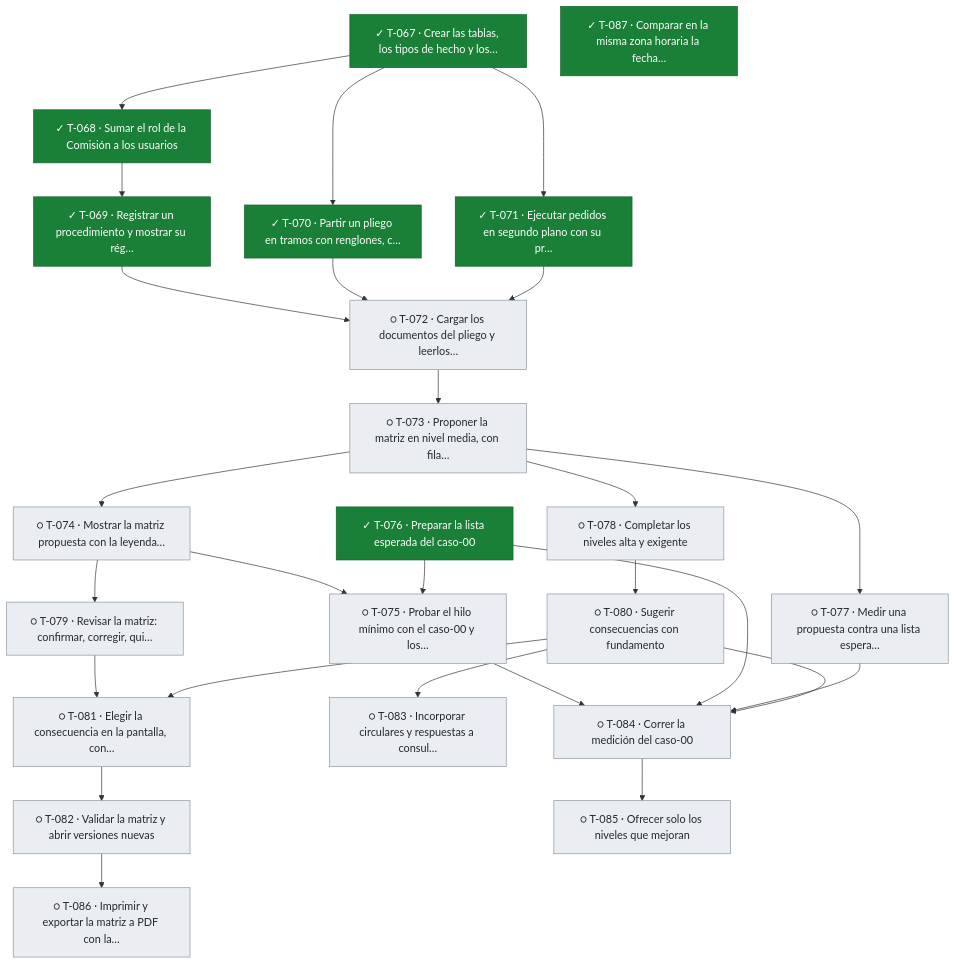
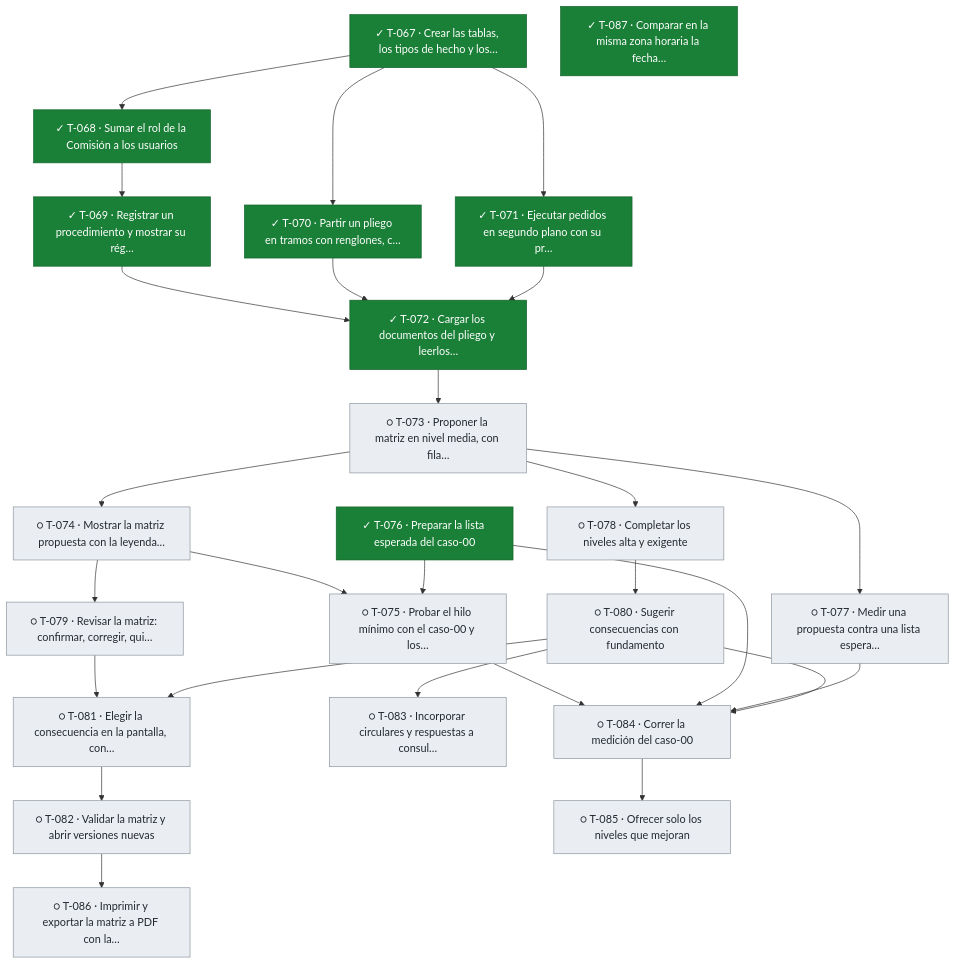
The fifth of 5 diagrams in docs/tablero.md (snavello/EVALUON), drawn with Mermaid before and after one commit. The commit also changed other lines of this file and 1 other file, not shown here.

````diff
--- a/docs/tablero.md
+++ b/docs/tablero.md
@@ -400,54 +400,54 @@
 ```mermaid
 flowchart TD
   T067["✓ T-067 · Crear las tablas, los tipos de hecho y los…"]:::done
   T068["✓ T-068 · Sumar el rol de la Comisión a los usuarios"]:::done
   T069["✓ T-069 · Registrar un procedimiento y mostrar su rég…"]:::done
   T070["✓ T-070 · Partir un pliego en tramos con renglones, c…"]:::done
   T071["✓ T-071 · Ejecutar pedidos en segundo plano con su pr…"]:::done
-  T072["○ T-072 · Cargar los documentos del pliego y leerlos…"]:::todo
+  T072["✓ T-072 · Cargar los documentos del pliego y leerlos…"]:::done
   T073["○ T-073 · Proponer la matriz en nivel media, con fila…"]:::todo
   T074["○ T-074 · Mostrar la matriz propuesta con la leyenda…"]:::todo
   T075["○ T-075 · Probar el hilo mínimo con el caso-00 y los…"]:::todo
   T076["✓ T-076 · Preparar la lista esperada del caso-00"]:::done
   T077["○ T-077 · Medir una propuesta contra una lista espera…"]:::todo
   T078["○ T-078 · Completar los niveles alta y exigente"]:::todo
   T079["○ T-079 · Revisar la matriz: confirmar, corregir, qui…"]:::todo
   T080["○ T-080 · Sugerir consecuencias con fundamento"]:::todo
   T081["○ T-081 · Elegir la consecuencia en la pantalla, con…"]:::todo
   T082["○ T-082 · Validar la matriz y abrir versiones nuevas"]:::todo
   T083["○ T-083 · Incorporar circulares y respuestas a consul…"]:::todo
   T084["○ T-084 · Correr la medición del caso-00"]:::todo
   T085["○ T-085 · Ofrecer solo los niveles que mejoran"]:::todo
   T086["○ T-086 · Imprimir y exportar la matriz a PDF con la…"]:::todo
   T087["✓ T-087 · Comparar en la misma zona horaria la fecha…"]:::done
   T067 --> T068
   T068 --> T069
   T067 --> T070
   T067 --> T071
   T069 --> T072
   T070 --> T072
   T071 --> T072
   T072 --> T073
   T073 --> T074
   T074 --> T075
   T076 --> T075
   T073 --> T077
   T073 --> T078
   T074 --> T079
   T078 --> T080
   T079 --> T081
   T080 --> T081
   T081 --> T082
   T080 --> T083
   T075 --> T084
   T076 --> T084
   T077 --> T084
   T080 --> T084
   T084 --> T085
   T082 --> T086
   classDef done fill:#1a7f37,stroke:#116329,color:#ffffff
   classDef review fill:#0969da,stroke:#0550ae,color:#ffffff
   classDef active fill:#bf8700,stroke:#7d4e00,color:#ffffff
   classDef blocked fill:#cf222e,stroke:#a40e26,color:#ffffff
   classDef todo fill:#eaeef2,stroke:#8c959f,color:#24292f
 ```
````
